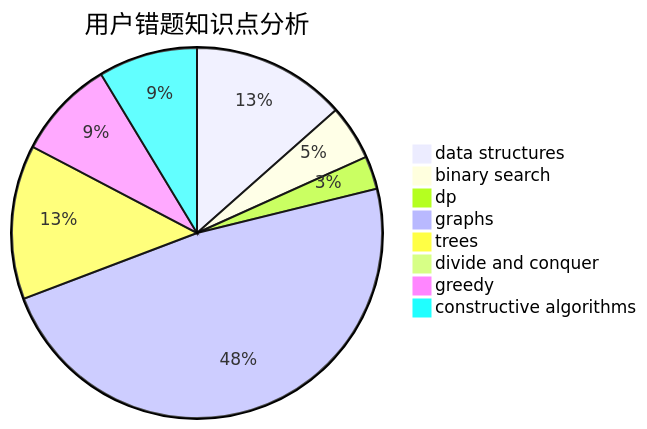
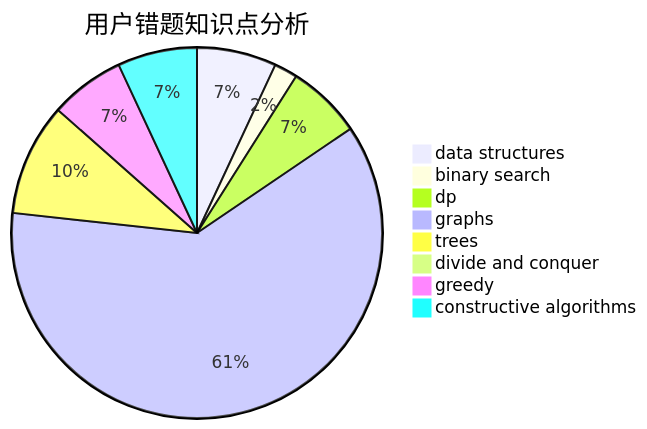
One commit to sherpahu/cfrs.github.io changed the third of 3 diagrams in docs/user/u745.md. Above: the diagram before and after it, drawn with Mermaid. The commit also changed other lines of this file and 2770 other files, not shown here.

````diff
--- a/docs/user/u745.md
+++ b/docs/user/u745.md
@@ -36,11 +36,11 @@
 ```mermaid
 pie title 用户错题知识点分析
-    "data structures" :  14
+    "data structures" :  17
     "binary search" :  5
-    "dp" :  3
-    "graphs" :  50
-    "trees" :  14
+    "dp" :  16
+    "graphs" :  150
+    "trees" :  24
     "divide and conquer" :  1
-    "greedy" :  9
-    "constructive algorithms" :  9
+    "greedy" :  16
+    "constructive algorithms" :  17
 ```
````
